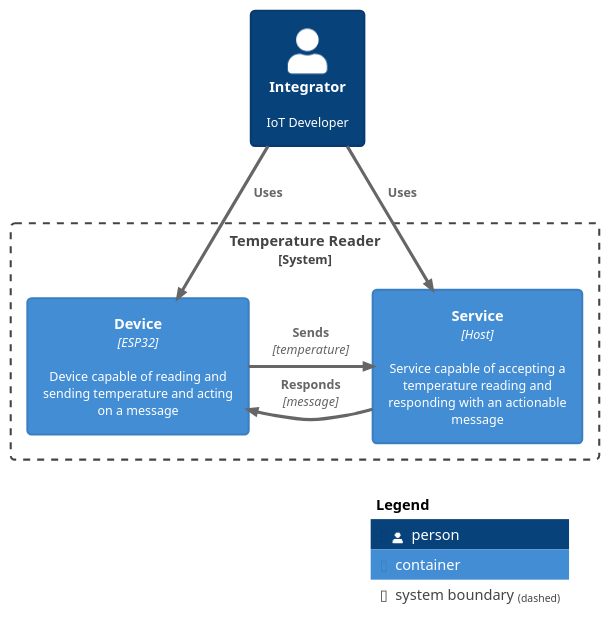
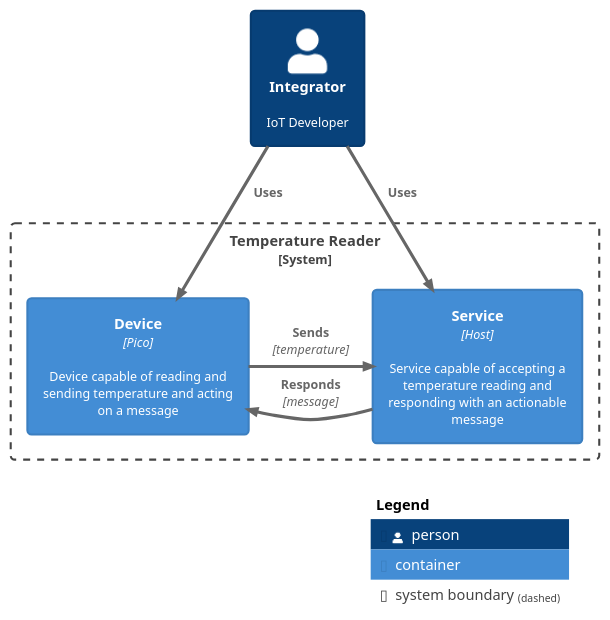
The diagram in diagrams/c4_iot_container.plantuml (hanze-hbo-ict/IOT), drawn with PlantUML before and after one commit. The commit also changed 6 other files, not shown here.

Commit message:
spelling and diagram updates

```diff
--- a/diagrams/c4_iot_container.plantuml
+++ b/diagrams/c4_iot_container.plantuml
@@ -1,24 +1,24 @@
 @startuml c4_iot_container
 !theme cyborg-outline
 !include <C4/C4_Container>
 
 'title Container diagram for Temperature Reader
 
 Person(Integrator, "Integrator", "IoT Developer")
 
 System_Boundary(c1, "Temperature Reader") {
-    Container(Device, "Device", "ESP32", "Device capable of reading and sending temperature and acting on a message")
+    Container(Device, "Device", "Pico", "Device capable of reading and sending temperature and acting on a message")
     Container(Service, "Service", "Host", "Service capable of accepting a temperature reading and responding with an actionable message")
 }
 
 'Container(containerAlias, "Label", "Technology", "Optional Description")
 
 Rel(Integrator, Device, "Uses")
 Rel(Integrator, Service, "Uses")
 
 Rel_R(Device, Service, "Sends", "temperature")
 Rel_L(Service, Device, "Responds", "message")
 
 SHOW_LEGEND()
 
 @enduml
```
